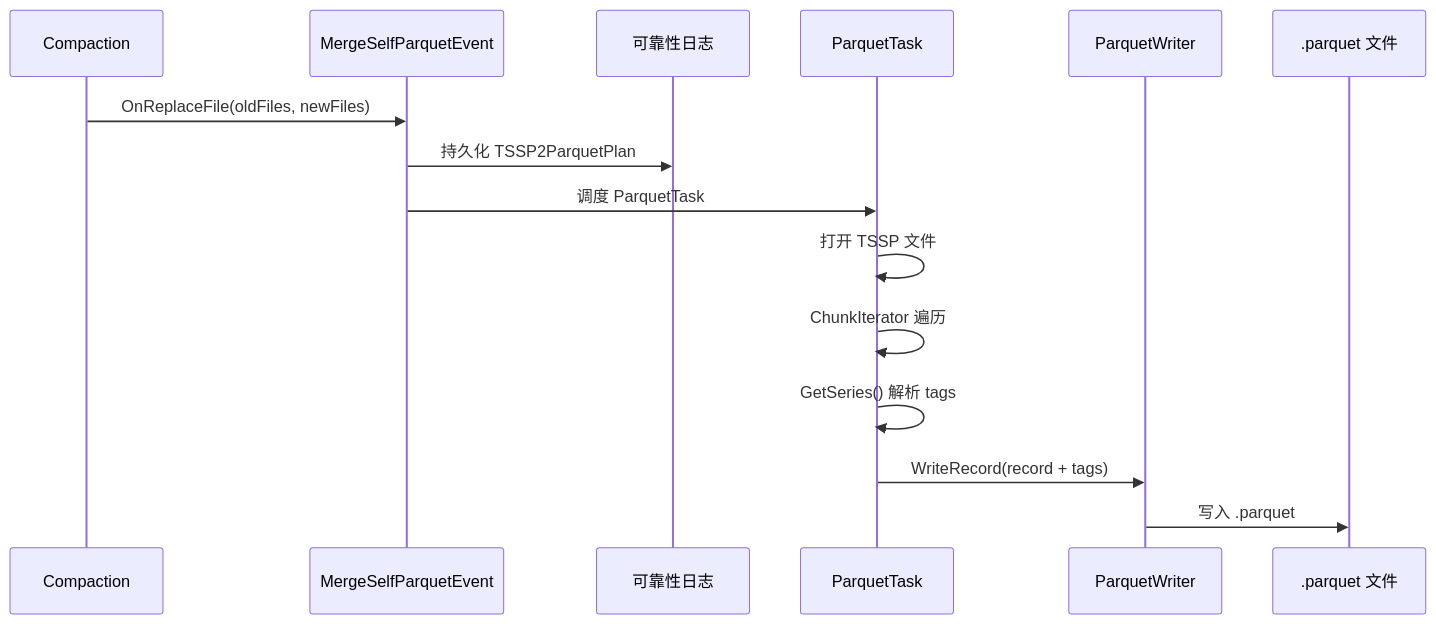
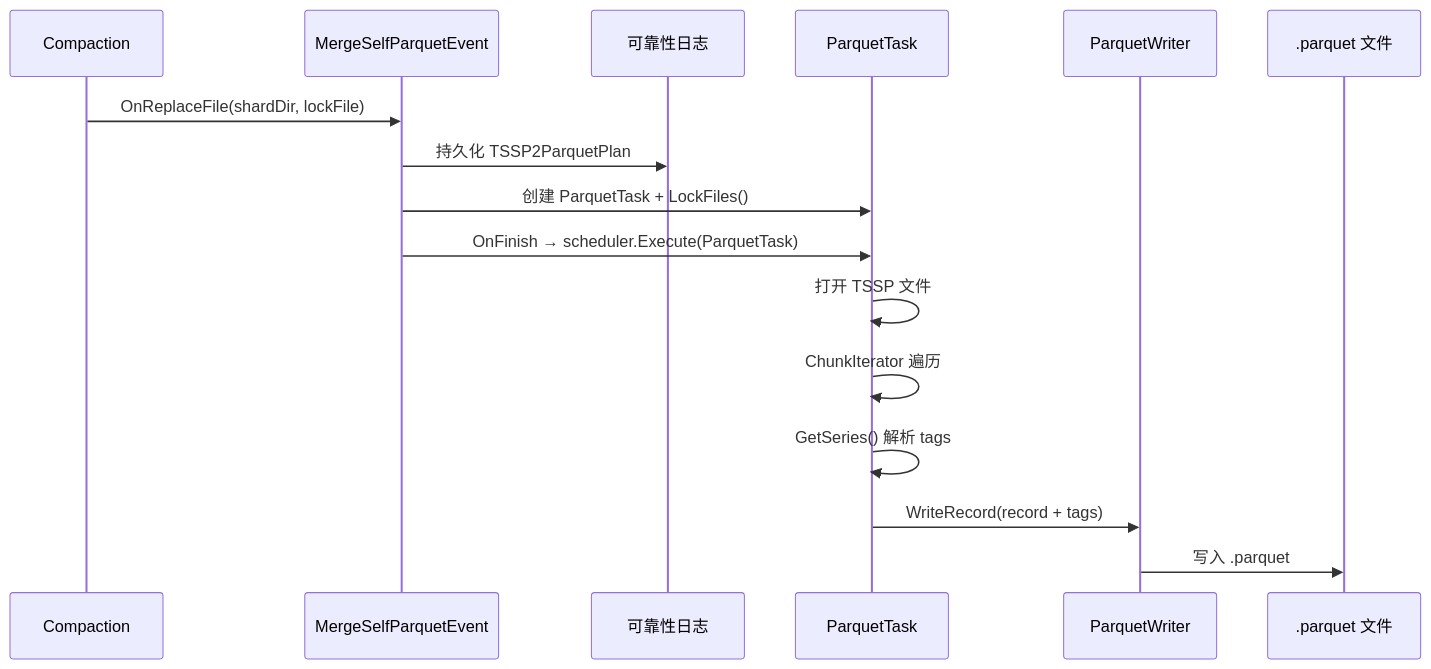
Before and after one commit to stefanv5/openGemini: the second of 5 diagrams in docs/specs/26_parquet_export_spec.md, drawn with Mermaid. The commit also changed other lines of this file and 37 other files, not shown here.

````diff
--- a/docs/specs/26_parquet_export_spec.md
+++ b/docs/specs/26_parquet_export_spec.md
@@ -29,19 +31,20 @@
 ```mermaid
 sequenceDiagram
     participant Comp as Compaction
     participant Event as MergeSelfParquetEvent
     participant Log as 可靠性日志
     participant Task as ParquetTask
     participant Writer as ParquetWriter
     participant Disk as .parquet 文件
 
-    Comp->>Event: OnReplaceFile(oldFiles, newFiles)
+    Comp->>Event: OnReplaceFile(shardDir, lockFile)
     Event->>Log: 持久化 TSSP2ParquetPlan
-    Event->>Task: 调度 ParquetTask
+    Event->>Task: 创建 ParquetTask + LockFiles()
+    Event->>Task: OnFinish → scheduler.Execute(ParquetTask)
 
     Task->>Task: 打开 TSSP 文件
     Task->>Task: ChunkIterator 遍历
     Task->>Task: GetSeries() 解析 tags
     Task->>Writer: WriteRecord(record + tags)
     Writer->>Disk: 写入 .parquet
 ```
````
